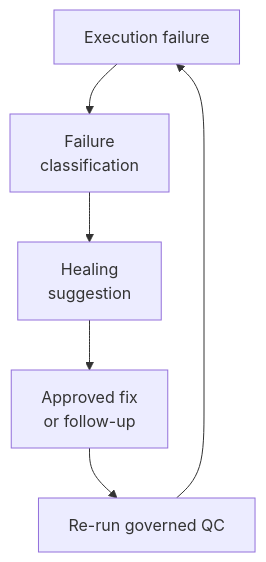
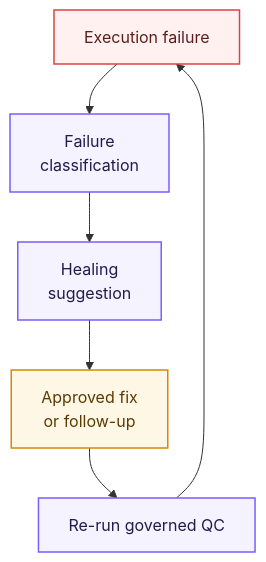
Before and after one commit to Qin-BL/quality-platform: the fifth of 5 diagrams in docs/qa/ai-qc-workflow.md, drawn with Mermaid. The commit also changed other lines of this file and 2 other files, not shown here.

Commit message:
Style Mermaid diagrams for readability

```diff
--- a/docs/qa/ai-qc-workflow.md
+++ b/docs/qa/ai-qc-workflow.md
@@ -95,8 +121,14 @@
 ::: mermaid
 graph TD
     A["Execution failure"] --> B["Failure<br/>classification"]
     B --> C["Healing<br/>suggestion"]
     C --> D["Approved fix<br/>or follow-up"]
     D --> E["Re-run governed QC"]
     E --> A
+    classDef warning fill:#fff1f0,stroke:#d64545,color:#5c1d1d,stroke-width:1.5px;
+    classDef action fill:#f5f3ff,stroke:#7c5cff,color:#221b4b,stroke-width:1.5px;
+    classDef review fill:#fff7e6,stroke:#d48806,color:#5b3a00,stroke-width:1.5px;
+    class A warning;
+    class B,C,E action;
+    class D review;
 :::
```
